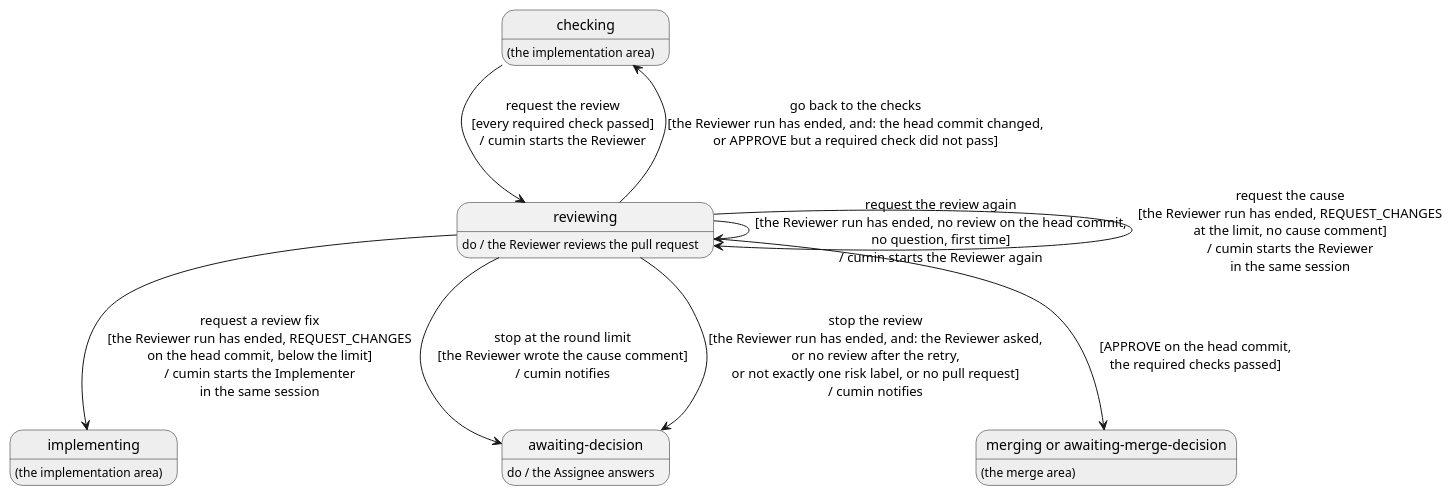
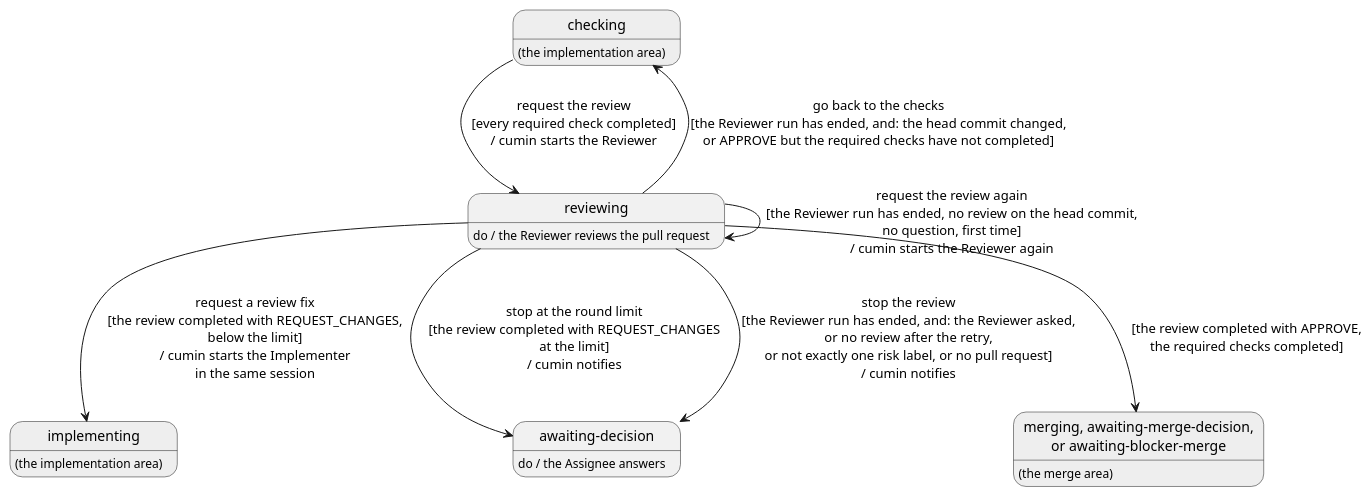
Before and after one commit to cloveclovedev/cumin-works: the diagram in docs/ja/requirements/review/overview.puml, drawn with PlantUML. The commit also changed 8 other files, not shown here.

First line of the commit message:
docs(requirements): let the Reviewer of the last round ask the Assignee directly

```diff
--- a/docs/ja/requirements/review/overview.puml
+++ b/docs/ja/requirements/review/overview.puml
@@ -1,33 +1,32 @@
 @startuml overview
 ' cumin-works - the states of an implementation issue in the review stage.
 ' A state is a label on GitHub, written without "cumin/status/". "do /" says who works in the state.
 ' A transition is written: action [guard] / what cumin does. A gray state belongs to another area.
 ' Render: run scripts/render-diagrams.sh at the root of the repository.
 
 hide empty description
 
 state "checking" as Checking #EEEEEE
 Checking : (the implementation area)
 
 state "reviewing" as Reviewing
 Reviewing : do / the Reviewer reviews the pull request
 
 state "implementing" as Implementing #EEEEEE
 Implementing : (the implementation area)
 
 state "awaiting-decision" as Decision
 Decision : do / the Assignee answers
 
-state "merging or awaiting-merge-decision" as Merge #EEEEEE
+state "merging, awaiting-merge-decision,\nor awaiting-blocker-merge" as Merge #EEEEEE
 Merge : (the merge area)
 
-Checking --> Reviewing : request the review\n[every required check passed]\n/ cumin starts the Reviewer
-Reviewing --> Implementing : request a review fix\n[the Reviewer run has ended, REQUEST_CHANGES\non the head commit, below the limit]\n/ cumin starts the Implementer\nin the same session
-Reviewing --> Checking : go back to the checks\n[the Reviewer run has ended, and: the head commit changed,\nor APPROVE but a required check did not pass]
+Checking --> Reviewing : request the review\n[every required check completed]\n/ cumin starts the Reviewer
+Reviewing --> Implementing : request a review fix\n[the review completed with REQUEST_CHANGES,\nbelow the limit]\n/ cumin starts the Implementer\nin the same session
+Reviewing --> Checking : go back to the checks\n[the Reviewer run has ended, and: the head commit changed,\nor APPROVE but the required checks have not completed]
 Reviewing --> Reviewing : request the review again\n[the Reviewer run has ended, no review on the head commit,\nno question, first time]\n/ cumin starts the Reviewer again
-Reviewing --> Reviewing : request the cause\n[the Reviewer run has ended, REQUEST_CHANGES\nat the limit, no cause comment]\n/ cumin starts the Reviewer\nin the same session
-Reviewing --> Decision : stop at the round limit\n[the Reviewer wrote the cause comment]\n/ cumin notifies
+Reviewing --> Decision : stop at the round limit\n[the review completed with REQUEST_CHANGES\nat the limit]\n/ cumin notifies
 Reviewing --> Decision : stop the review\n[the Reviewer run has ended, and: the Reviewer asked,\nor no review after the retry,\nor not exactly one risk label, or no pull request]\n/ cumin notifies
-Reviewing --> Merge : [APPROVE on the head commit,\nthe required checks passed]
+Reviewing --> Merge : [the review completed with APPROVE,\nthe required checks completed]
 
 @enduml
```
